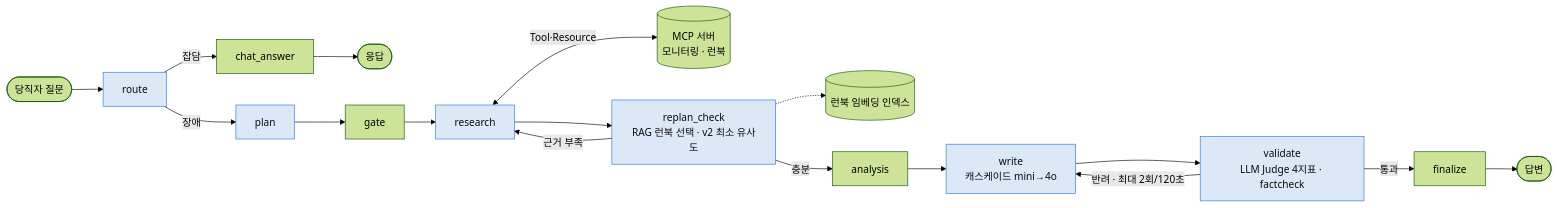
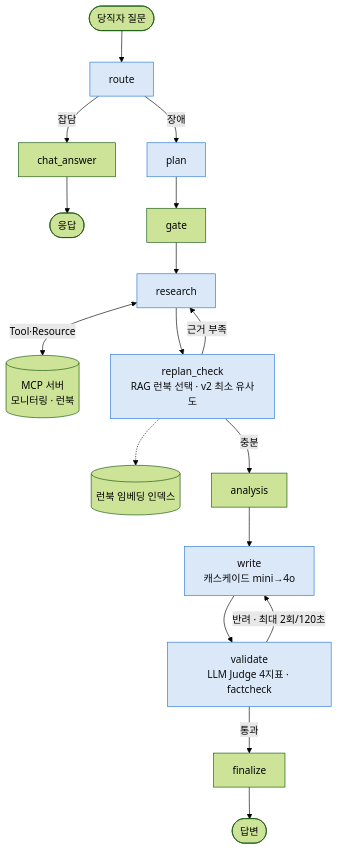
One commit to jang961111-hash/incident-agent-ablation changed the diagram in README.md. Above: the diagram before and after it, drawn with Mermaid (forest theme).

Commit message:
docs: README 아키텍처 흐름도를 세로 배치로 (GitHub에서 글자 크기 확보)

````diff
--- a/README.md
+++ b/README.md
@@ -89,16 +89,16 @@
 ```mermaid
-flowchart LR
+flowchart TD
     Q([당직자 질문]) --> route
     route -->|잡담| chat[chat_answer] --> E1([응답])
     route -->|장애| plan --> gate --> research
     research <-->|Tool·Resource| MCP[(MCP 서버<br/>모니터링 · 런북)]
     research --> replan[replan_check<br/>RAG 런북 선택 · v2 최소 유사도]
     replan -.-> IDX[(런북 임베딩 인덱스)]
     replan -->|근거 부족| research
     replan -->|충분| analysis --> write[write<br/>캐스케이드 mini→4o]
     write --> validate[validate<br/>LLM Judge 4지표 · factcheck]
     validate -->|반려 · 최대 2회/120초| write
     validate -->|통과| finalize --> E2([답변])
     classDef changed fill:#dbe8f8,stroke:#2a78d6,color:#0b0b0b
     class route,plan,research,replan,write,validate changed
 ```
````
